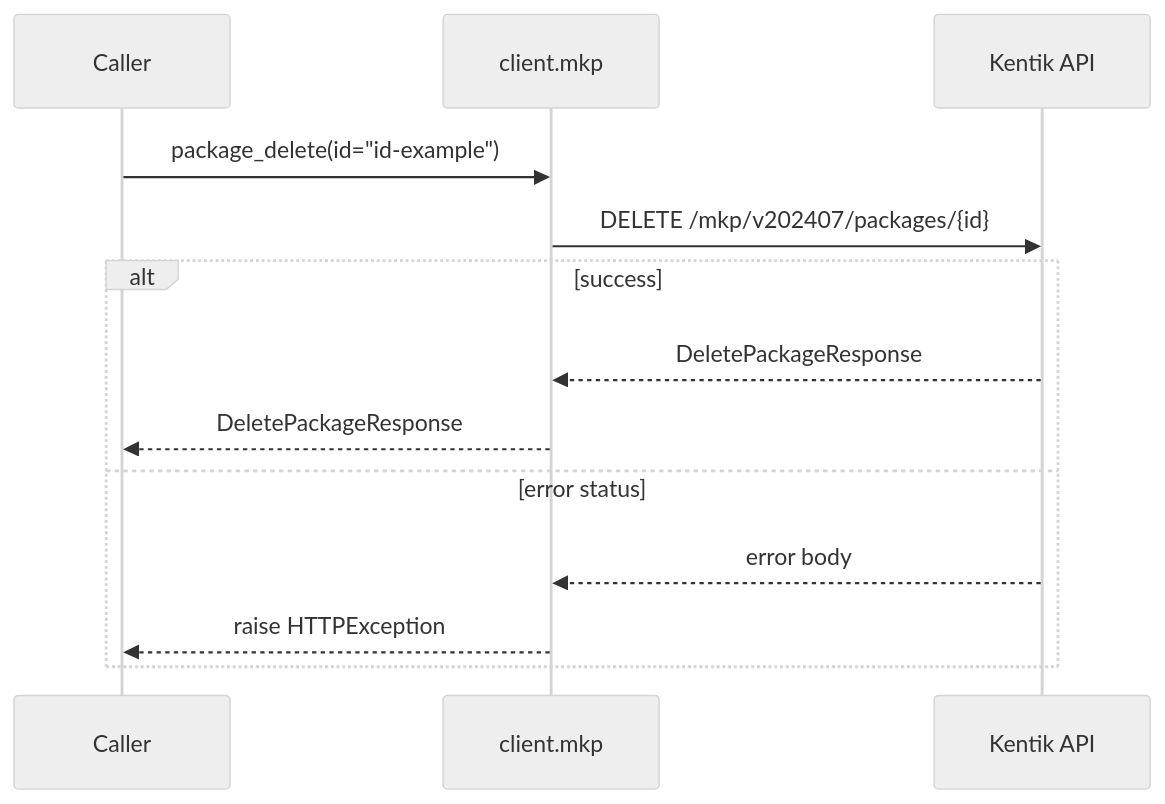
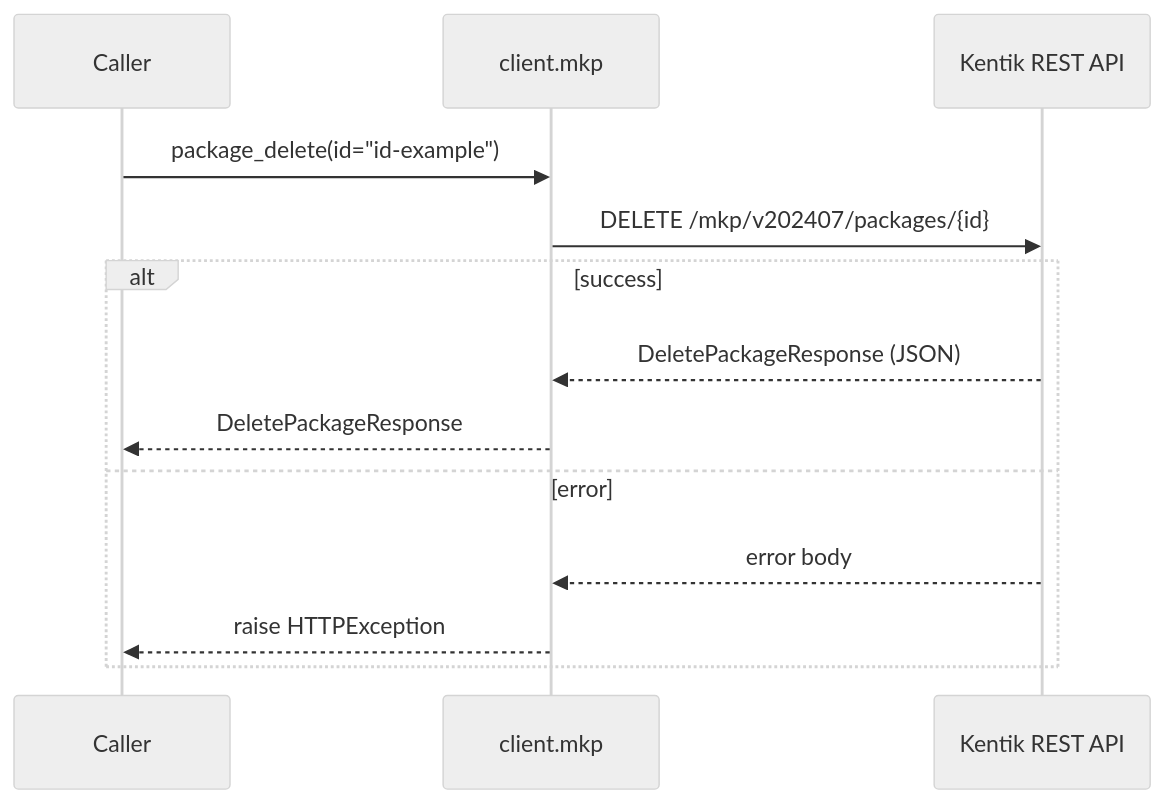
One commit to alexdearaujo/community_sdk_python changed the tenth of 30 diagrams in docs/sphinx/services/mkp.md. Above: the diagram before and after it, drawn with Mermaid (neutral theme). The commit also changed other lines of this file and 61 other files, not shown here.

````diff
--- a/docs/sphinx/services/mkp.md
+++ b/docs/sphinx/services/mkp.md
@@ -229,16 +331,16 @@
 ```mermaid
 sequenceDiagram
     participant C as Caller
     participant W as client.mkp
-    participant API as Kentik API
+    participant API as Kentik REST API
 
     C->>W: package_delete(id="id-example")
     W->>API: DELETE /mkp/v202407/packages/{id}
     alt success
-        API-->>W: DeletePackageResponse
+        API-->>W: DeletePackageResponse (JSON)
         W-->>C: DeletePackageResponse
-    else error status
+    else error
         API-->>W: error body
         W-->>C: raise HTTPException
     end
 ```
````
